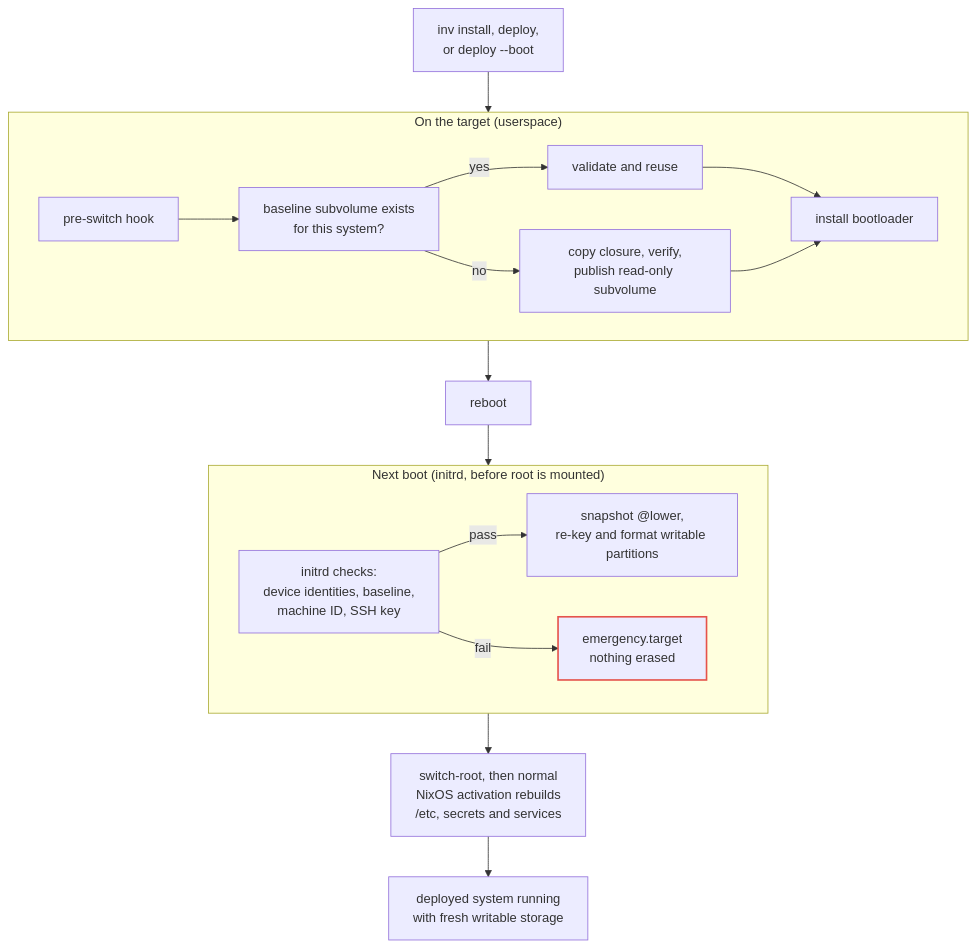
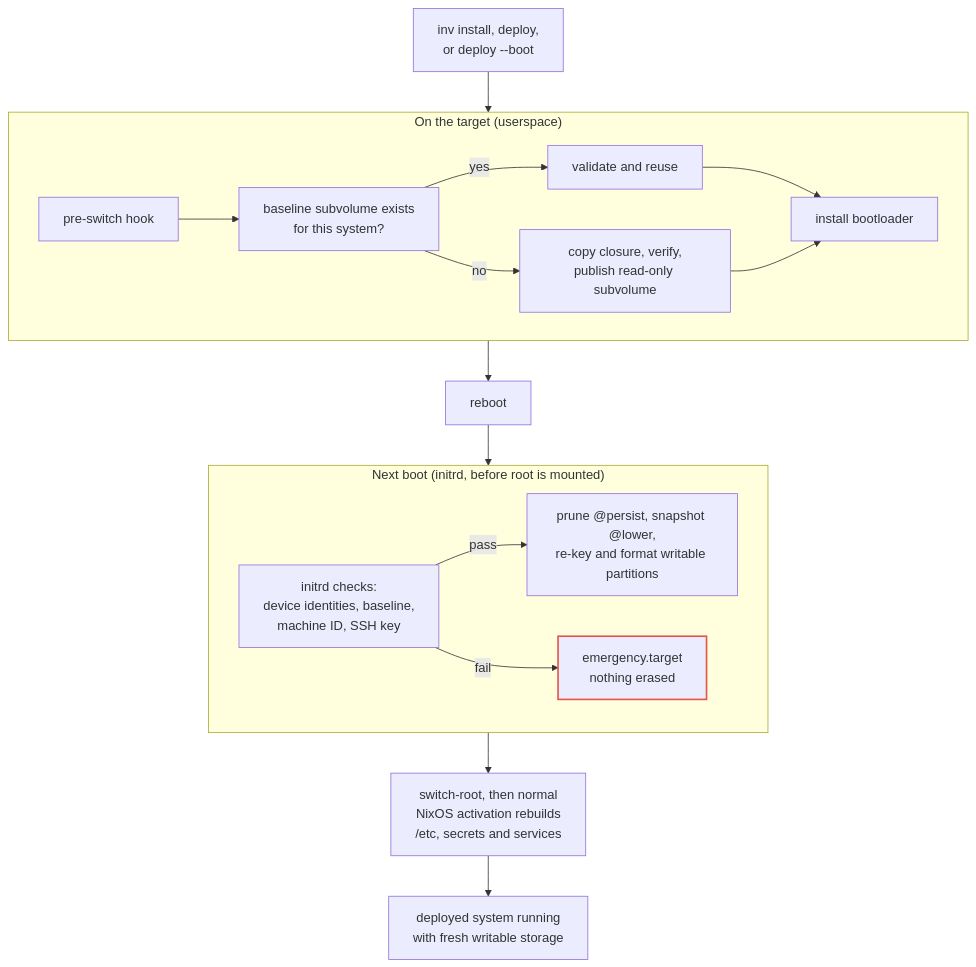
The diagram in docs/baseline-reset.md (tiiuae/ghaf-infra), drawn with Mermaid before and after one commit. The commit also changed other lines of this file and 3 other files, not shown here.

````diff
--- a/docs/baseline-reset.md
+++ b/docs/baseline-reset.md
@@ -137,28 +138,28 @@
 ```mermaid
 flowchart TD
   A["inv install, deploy,<br/>or deploy --boot"] --> B
 
   subgraph SAVE ["On the target (userspace)"]
     direction LR
     B["pre-switch hook"] --> C["baseline subvolume exists<br/>for this system?"]
     C -- yes --> D["validate and reuse"]
     C -- no --> E["copy closure, verify,<br/>publish read-only subvolume"]
     D --> H["install bootloader"]
     E --> H
   end
 
   H --> R["reboot"]
   R --> J
 
   subgraph BOOT ["Next boot (initrd, before root is mounted)"]
     direction LR
-    J["initrd checks:<br/>device identities, baseline,<br/>machine ID, SSH key"] -- pass --> K["snapshot @lower,<br/>re-key and format writable partitions"]
+    J["initrd checks:<br/>device identities, baseline,<br/>machine ID, SSH key"] -- pass --> K["prune @persist, snapshot @lower,<br/>re-key and format writable partitions"]
     J -- fail --> L["emergency.target<br/>nothing erased"]
   end
 
   K --> N["switch-root, then normal<br/>NixOS activation rebuilds<br/>/etc, secrets and services"]
   N --> M["deployed system running<br/>with fresh writable storage"]
 
   classDef failure stroke:#e5534b,stroke-width:2px
   class L failure
 ```
````
